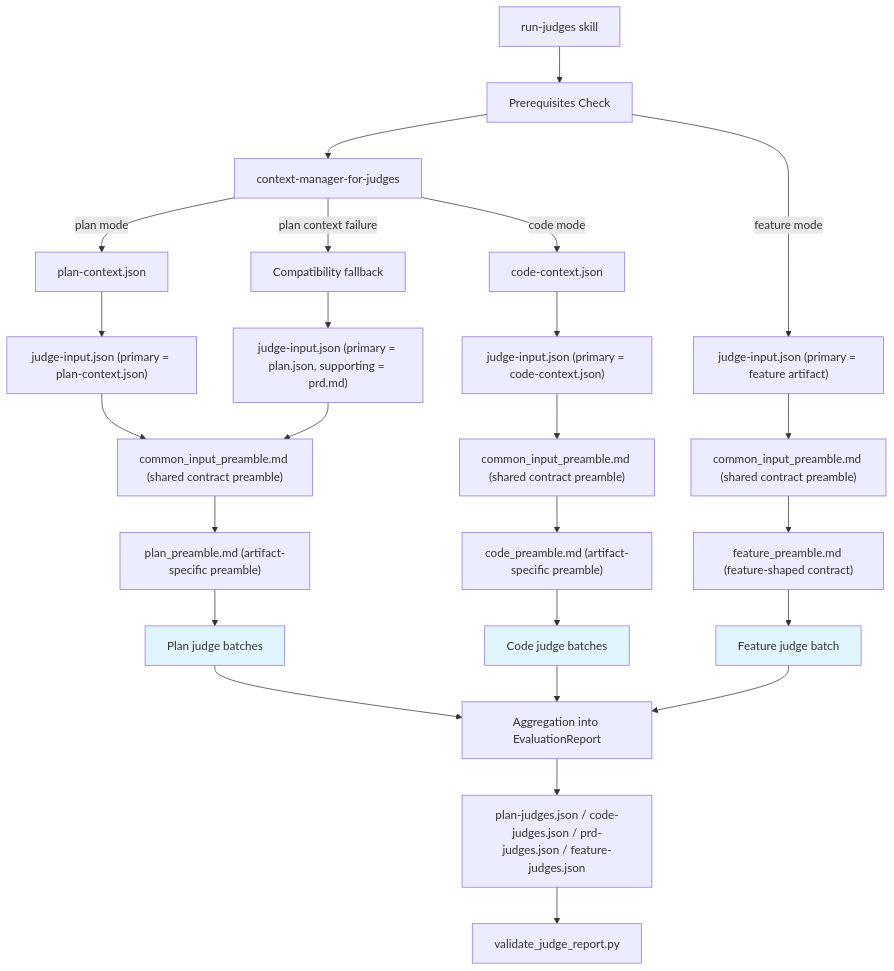
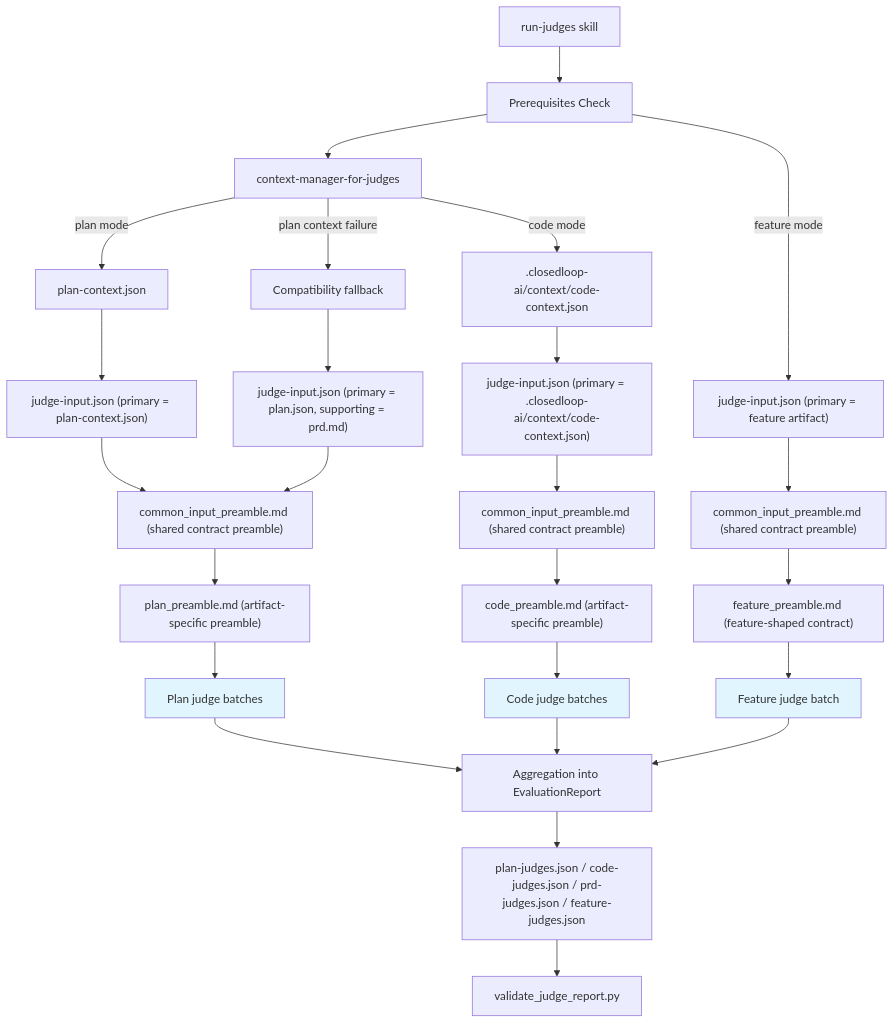
Before and after one commit to closedloop-ai/claude-plugins: the diagram in plugins/judges/README.md, drawn with Mermaid. The commit also changed other lines of this file and 12 other files, not shown here.

First line of the commit message:
Implement FEA-585 judge input mapping

````diff
--- a/plugins/judges/README.md
+++ b/plugins/judges/README.md
@@ -21,31 +21,31 @@
 ```mermaid
 graph TD
     Start[run-judges skill] --> Check[Prerequisites Check]
     Check --> CtxMgr[context-manager-for-judges]
     CtxMgr -->|plan mode| PlanJSON["plan-context.json"]
     PlanJSON --> PlanInput["judge-input.json (primary = plan-context.json)"]
     PlanInput --> CommonPlan["common_input_preamble.md (shared contract preamble)"]
     CommonPlan --> PlanPreamble["plan_preamble.md (artifact-specific preamble)"]
     PlanPreamble --> PlanBatches[Plan judge batches]
-    CtxMgr -->|code mode| CodeJSON["code-context.json"]
-    CodeJSON --> CodeInput["judge-input.json (primary = code-context.json)"]
+    CtxMgr -->|code mode| CodeJSON[".closedloop-ai/context/code-context.json"]
+    CodeJSON --> CodeInput["judge-input.json (primary = .closedloop-ai/context/code-context.json)"]
     CodeInput --> CommonCode["common_input_preamble.md (shared contract preamble)"]
     CommonCode --> CodePreamble["code_preamble.md (artifact-specific preamble)"]
     CodePreamble --> CodeBatches[Code judge batches]
     CtxMgr -->|plan context failure| Compat[Compatibility fallback]
     Compat --> CompatInput["judge-input.json (primary = plan.json, supporting = prd.md)"]
     CompatInput --> CommonPlan
     Check -->|feature mode| FeatureInput["judge-input.json (primary = feature artifact)"]
     FeatureInput --> CommonFeature["common_input_preamble.md (shared contract preamble)"]
     CommonFeature --> FeaturePreamble["feature_preamble.md (feature-shaped contract)"]
     FeaturePreamble --> FeatureBatch[Feature judge batch]
     PlanBatches --> Agg[Aggregation into EvaluationReport]
     CodeBatches --> Agg
     FeatureBatch --> Agg
     Agg --> Report["plan-judges.json / code-judges.json / prd-judges.json / feature-judges.json"]
     Report --> Validate["validate_judge_report.py"]
 
     style PlanBatches fill:#e1f5fe
     style CodeBatches fill:#e1f5fe
     style FeatureBatch fill:#e1f5fe
 ```
````
